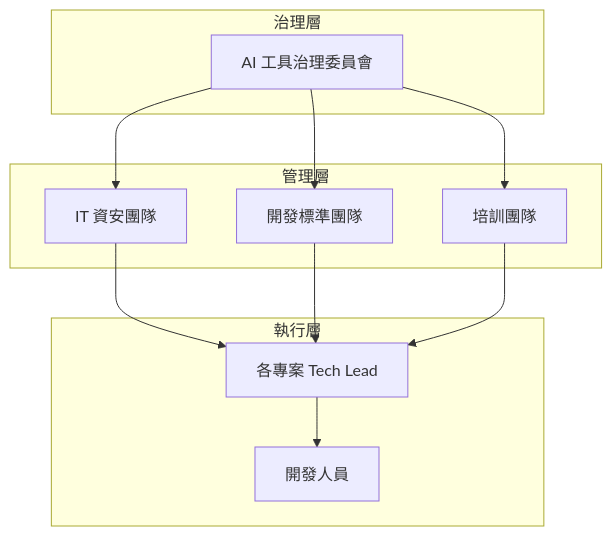
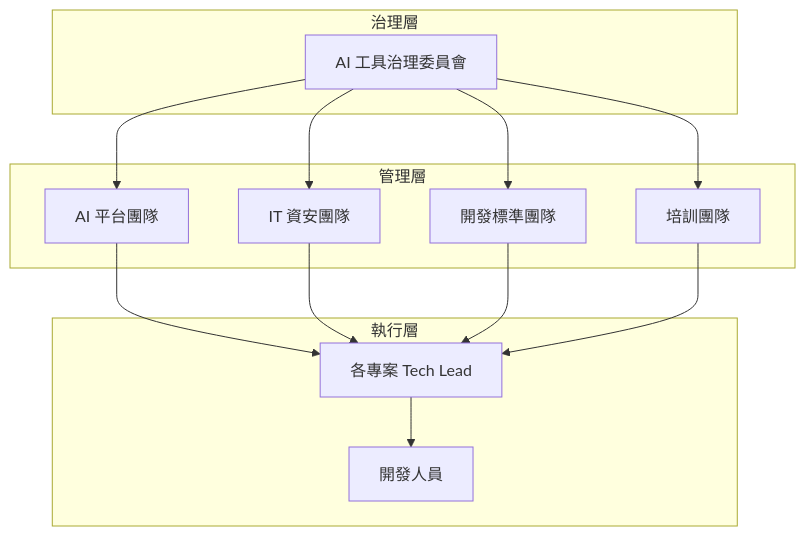
Before and after one commit to chihhung/Blog: diagram 22 of 26 in content/posts/教學/AI開發/github copilot生態圈教學手冊.md, drawn with Mermaid. The commit also changed other lines of this file and 2 other files, not shown here.

````diff
--- a/content/posts/教學/AI開發/github copilot生態圈教學手冊.md
+++ b/content/posts/教學/AI開發/github copilot生態圈教學手冊.md
@@ -3092,25 +4310,28 @@
 ```mermaid
 graph TB
     subgraph "治理層"
         A[AI 工具治理委員會]
     end
     
     subgraph "管理層"
+        P[AI 平台團隊]
         B[IT 資安團隊]
         C[開發標準團隊]
         D[培訓團隊]
     end
-    
+
     subgraph "執行層"
         E[各專案 Tech Lead]
         F[開發人員]
     end
-    
+
+    A --> P
     A --> B
     A --> C
     A --> D
+    P --> E
     B --> E
     C --> E
     D --> E
     E --> F
 ```
````
